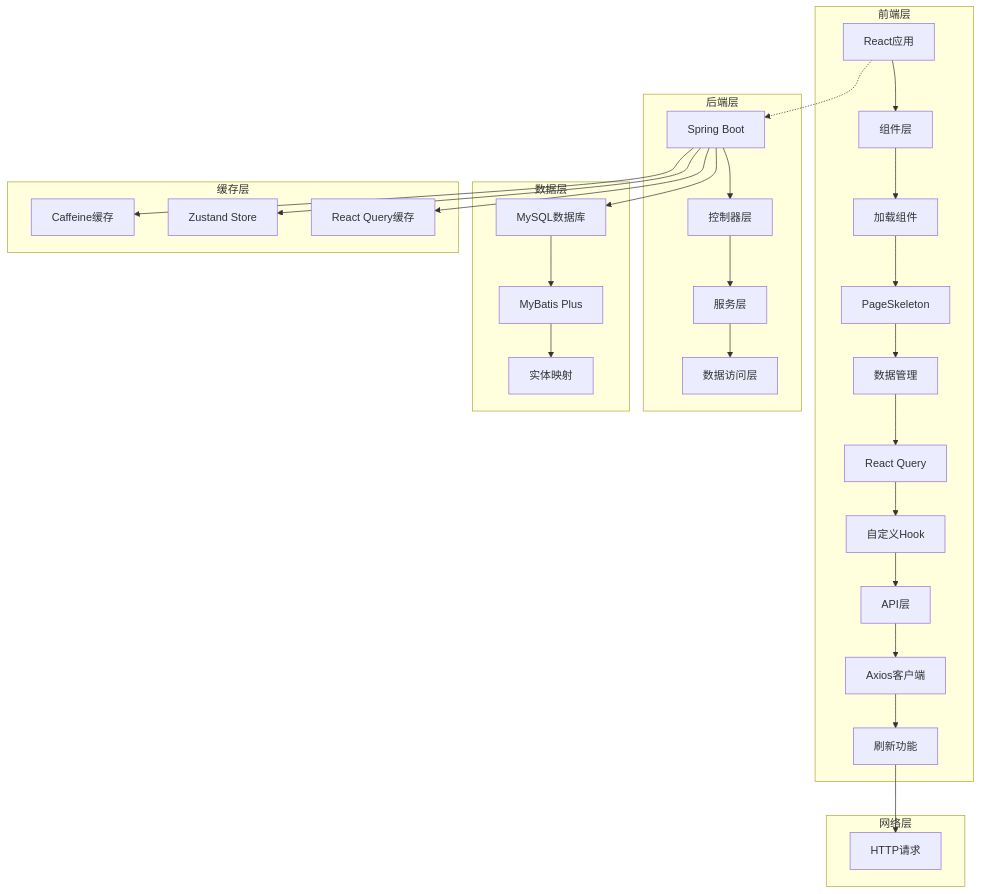
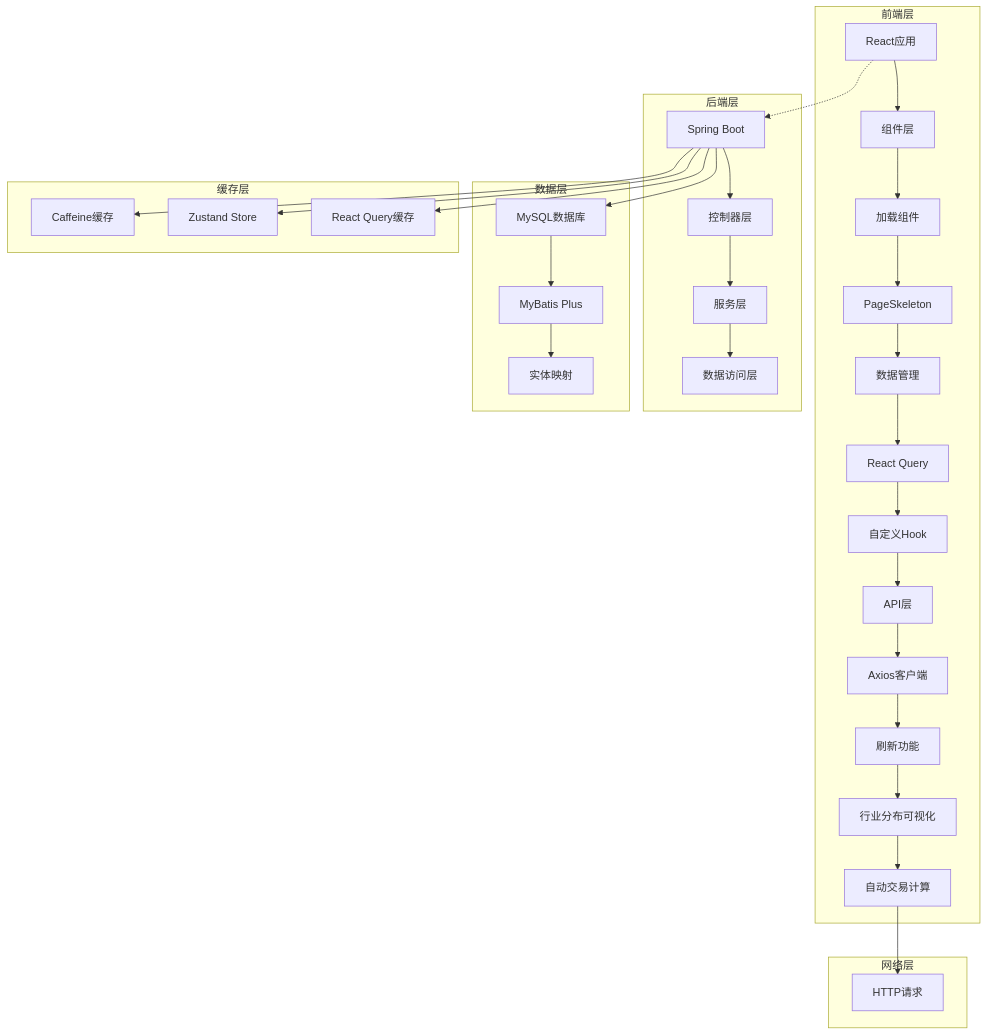
Before and after one commit to gree-coder/fund-butler: the second of 21 diagrams in .qoder/repowiki/zh/content/核心功能开发/前端投资组合管理增强.md, drawn with Mermaid. The commit also changed other lines of this file and 15 other files, not shown here.

````diff
--- a/.qoder/repowiki/zh/content/核心功能开发/前端投资组合管理增强.md
+++ b/.qoder/repowiki/zh/content/核心功能开发/前端投资组合管理增强.md
@@ -196,36 +207,38 @@
 ```mermaid
 graph TB
 subgraph "前端层"
 A[React应用] --> B[组件层]
 B --> C[加载组件]
 C --> D[PageSkeleton]
 D --> E[数据管理]
 E --> F[React Query]
 F --> G[自定义Hook]
 G --> H[API层]
 H --> I[Axios客户端]
 I --> J[刷新功能]
+J --> K[行业分布可视化]
+K --> L[自动交易计算]
 end
 subgraph "网络层"
-J --> K[HTTP请求]
+L --> M[HTTP请求]
 end
 subgraph "后端层"
-L[Spring Boot] --> M[控制器层]
-M --> N[服务层]
-N --> O[数据访问层]
+N[Spring Boot] --> O[控制器层]
+O --> P[服务层]
+P --> Q[数据访问层]
 end
 subgraph "数据层"
-P[MySQL数据库] --> Q[MyBatis Plus]
-Q --> R[实体映射]
+R[MySQL数据库] --> S[MyBatis Plus]
+S --> T[实体映射]
 end
 subgraph "缓存层"
-S[Caffeine缓存]
-T[Zustand Store]
-U[React Query缓存]
+U[Caffeine缓存]
+V[Zustand Store]
+W[React Query缓存]
 end
-A -.-> L
-L --> P
-L --> S
-L --> T
-L --> U
+A -.-> N
+N --> R
+N --> U
+N --> V
+N --> W
 ```
````
